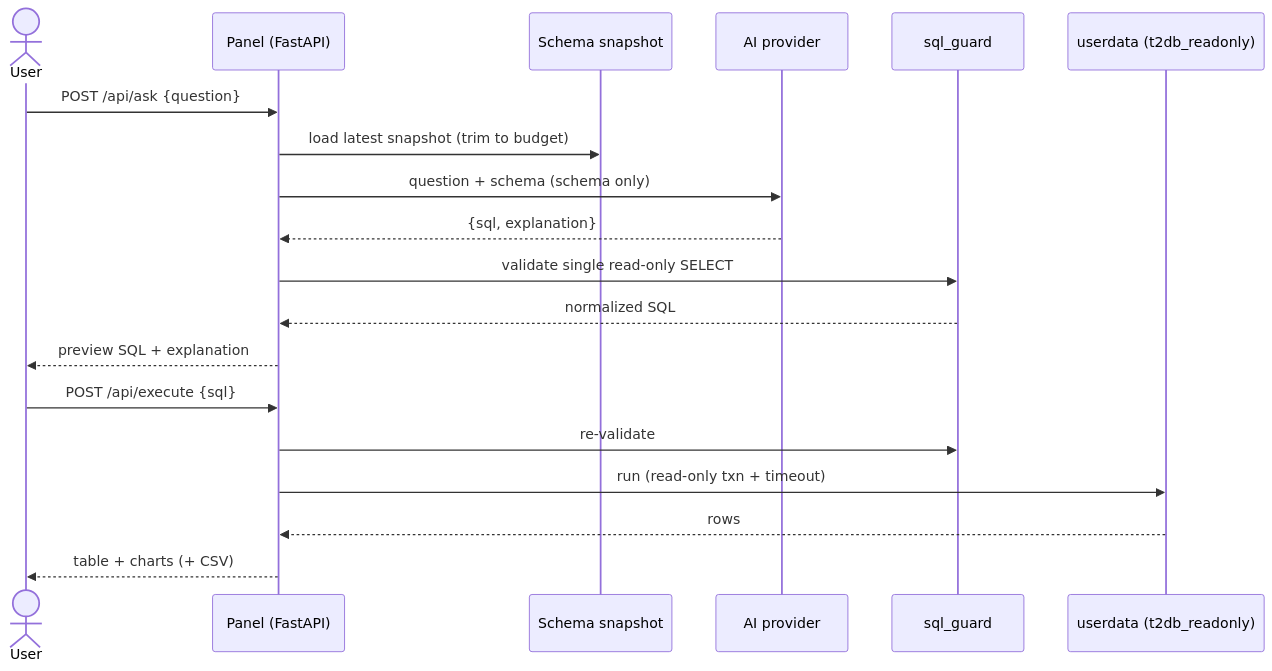
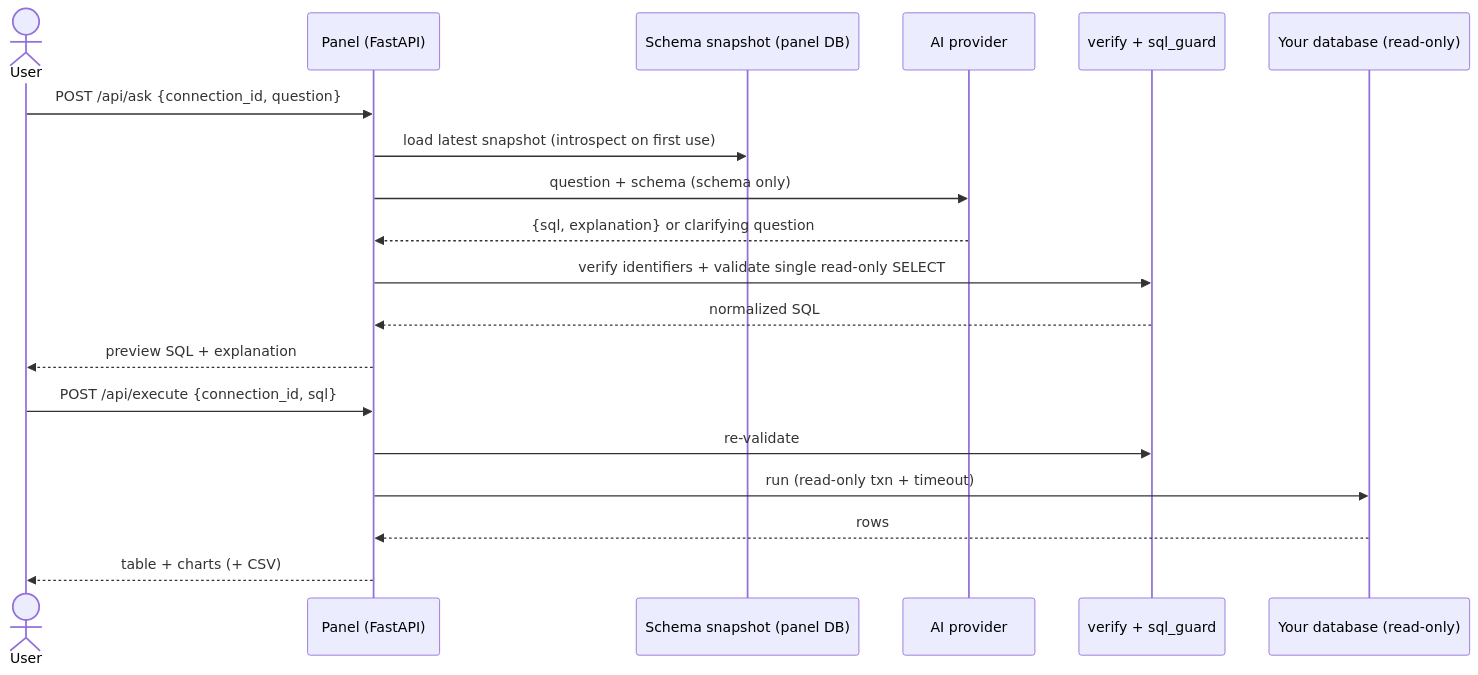
The first of 2 diagrams in README.md (iamseyedalipro/Talk2Database), drawn with Mermaid before and after one commit. The commit also changed other lines of this file, not shown here.

First line of the commit message:
Update README for the connection-registry architecture

````diff
--- a/README.md
+++ b/README.md
@@ -74,22 +78,22 @@
 ```mermaid
 sequenceDiagram
     actor U as User
     participant P as Panel (FastAPI)
-    participant S as Schema snapshot
+    participant S as Schema snapshot (panel DB)
     participant AI as AI provider
-    participant G as sql_guard
-    participant DB as userdata (t2db_readonly)
+    participant G as verify + sql_guard
+    participant DB as Your database (read-only)
 
-    U->>P: POST /api/ask {question}
-    P->>S: load latest snapshot (trim to budget)
+    U->>P: POST /api/ask {connection_id, question}
+    P->>S: load latest snapshot (introspect on first use)
     P->>AI: question + schema (schema only)
-    AI-->>P: {sql, explanation}
-    P->>G: validate single read-only SELECT
+    AI-->>P: {sql, explanation} or clarifying question
+    P->>G: verify identifiers + validate single read-only SELECT
     G-->>P: normalized SQL
     P-->>U: preview SQL + explanation
-    U->>P: POST /api/execute {sql}
+    U->>P: POST /api/execute {connection_id, sql}
     P->>G: re-validate
     P->>DB: run (read-only txn + timeout)
     DB-->>P: rows
     P-->>U: table + charts (+ CSV)
 ```
````
